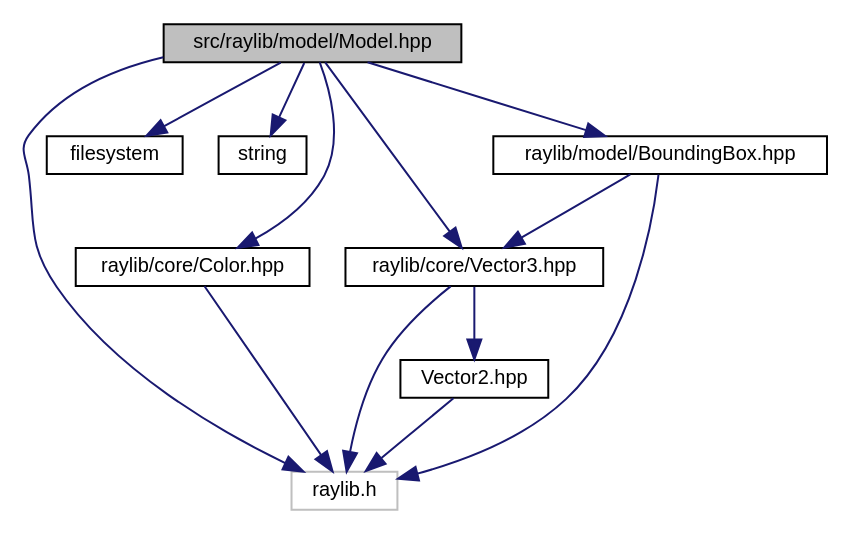
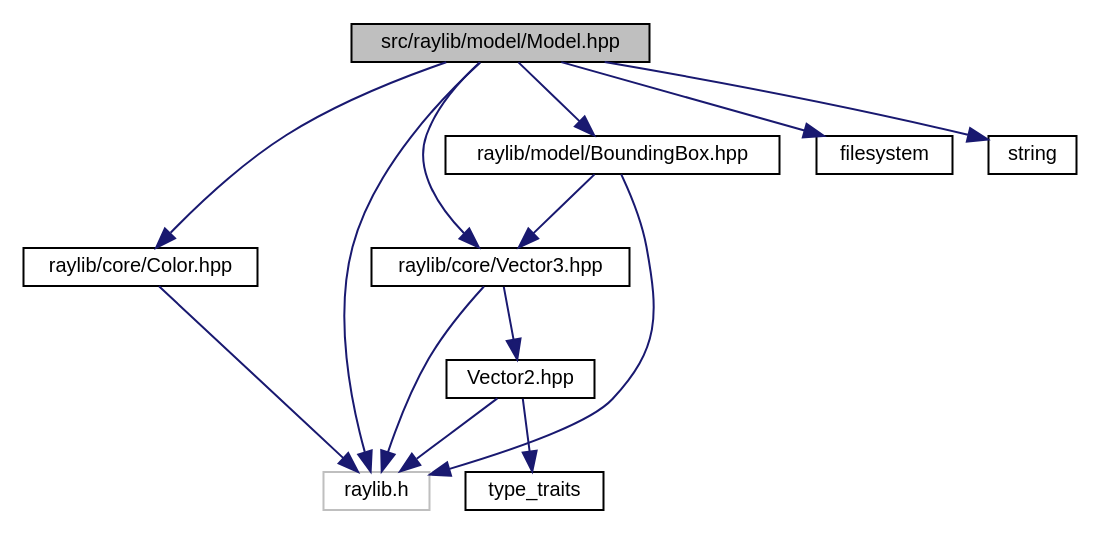
Before and after one commit to MisterPeModder/Bomberman-Global-Offensive: the diagram in _model_8hpp__incl.dot, drawn with Graphviz. The commit also changed 409 other files, not shown here.

Commit message:
Deploying to gh-pages from @ MisterPeModder/Bomberman-Global-Offensive@ab1bae0a3c45851998e872f0a22c7a9de02e83da 🚀

```diff
--- a/_model_8hpp__incl.dot
+++ b/_model_8hpp__incl.dot
@@ -1,26 +1,28 @@
 digraph "src/raylib/model/Model.hpp"
 {
  // LATEX_PDF_SIZE
   edge [fontname="Helvetica",fontsize="10",labelfontname="Helvetica",labelfontsize="10"];
   node [fontname="Helvetica",fontsize="10",shape=record];
   Node1 [label="src/raylib/model/Model.hpp",height=0.2,width=0.4,color="black", fillcolor="grey75", style="filled", fontcolor="black",tooltip=" "];
   Node1 -> Node2 [color="midnightblue",fontsize="10",style="solid",fontname="Helvetica"];
   Node2 [label="raylib.h",height=0.2,width=0.4,color="grey75", fillcolor="white", style="filled",tooltip=" "];
   Node1 -> Node3 [color="midnightblue",fontsize="10",style="solid",fontname="Helvetica"];
   Node3 [label="filesystem",height=0.2,width=0.4,color="black", fillcolor="white", style="filled",URL="/home/runner/work/Bomberman-Global-Offensive/Bomberman-Global-Offensive/doc/external/cppreference-doxygen-web.tag.xml$cpp/header/filesystem.html",tooltip=" "];
   Node1 -> Node4 [color="midnightblue",fontsize="10",style="solid",fontname="Helvetica"];
   Node4 [label="string",height=0.2,width=0.4,color="black", fillcolor="white", style="filled",URL="/home/runner/work/Bomberman-Global-Offensive/Bomberman-Global-Offensive/doc/external/cppreference-doxygen-web.tag.xml$cpp/header/string.html",tooltip=" "];
   Node1 -> Node5 [color="midnightblue",fontsize="10",style="solid",fontname="Helvetica"];
   Node5 [label="raylib/core/Color.hpp",height=0.2,width=0.4,color="black", fillcolor="white", style="filled",URL="$_color_8hpp.html",tooltip=" "];
   Node5 -> Node2 [color="midnightblue",fontsize="10",style="solid",fontname="Helvetica"];
   Node1 -> Node6 [color="midnightblue",fontsize="10",style="solid",fontname="Helvetica"];
   Node6 [label="raylib/core/Vector3.hpp",height=0.2,width=0.4,color="black", fillcolor="white", style="filled",URL="$_vector3_8hpp.html",tooltip=" "];
   Node6 -> Node7 [color="midnightblue",fontsize="10",style="solid",fontname="Helvetica"];
   Node7 [label="Vector2.hpp",height=0.2,width=0.4,color="black", fillcolor="white", style="filled",URL="$_vector2_8hpp.html",tooltip=" "];
+  Node7 -> Node8 [color="midnightblue",fontsize="10",style="solid",fontname="Helvetica"];
+  Node8 [label="type_traits",height=0.2,width=0.4,color="black", fillcolor="white", style="filled",URL="/home/runner/work/Bomberman-Global-Offensive/Bomberman-Global-Offensive/doc/external/cppreference-doxygen-web.tag.xml$cpp/header/type_traits.html",tooltip=" "];
   Node7 -> Node2 [color="midnightblue",fontsize="10",style="solid",fontname="Helvetica"];
   Node6 -> Node2 [color="midnightblue",fontsize="10",style="solid",fontname="Helvetica"];
-  Node1 -> Node8 [color="midnightblue",fontsize="10",style="solid",fontname="Helvetica"];
-  Node8 [label="raylib/model/BoundingBox.hpp",height=0.2,width=0.4,color="black", fillcolor="white", style="filled",URL="$_bounding_box_8hpp.html",tooltip=" "];
-  Node8 -> Node2 [color="midnightblue",fontsize="10",style="solid",fontname="Helvetica"];
-  Node8 -> Node6 [color="midnightblue",fontsize="10",style="solid",fontname="Helvetica"];
+  Node1 -> Node9 [color="midnightblue",fontsize="10",style="solid",fontname="Helvetica"];
+  Node9 [label="raylib/model/BoundingBox.hpp",height=0.2,width=0.4,color="black", fillcolor="white", style="filled",URL="$_bounding_box_8hpp.html",tooltip=" "];
+  Node9 -> Node2 [color="midnightblue",fontsize="10",style="solid",fontname="Helvetica"];
+  Node9 -> Node6 [color="midnightblue",fontsize="10",style="solid",fontname="Helvetica"];
 }
```
